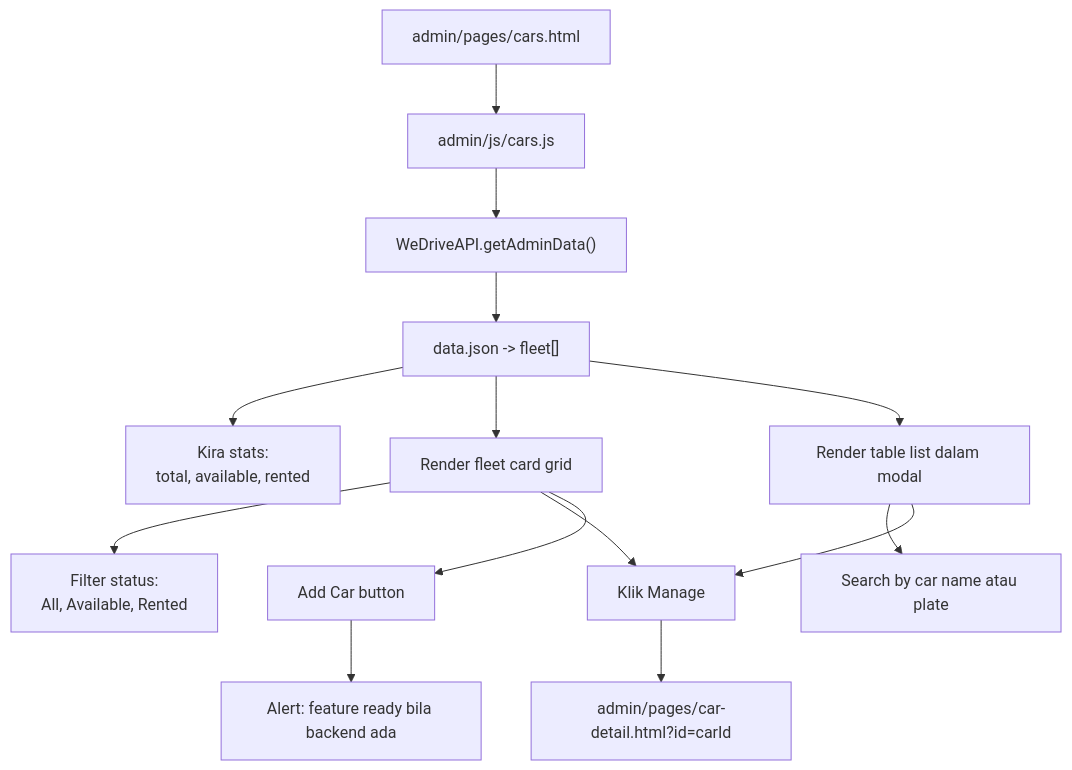
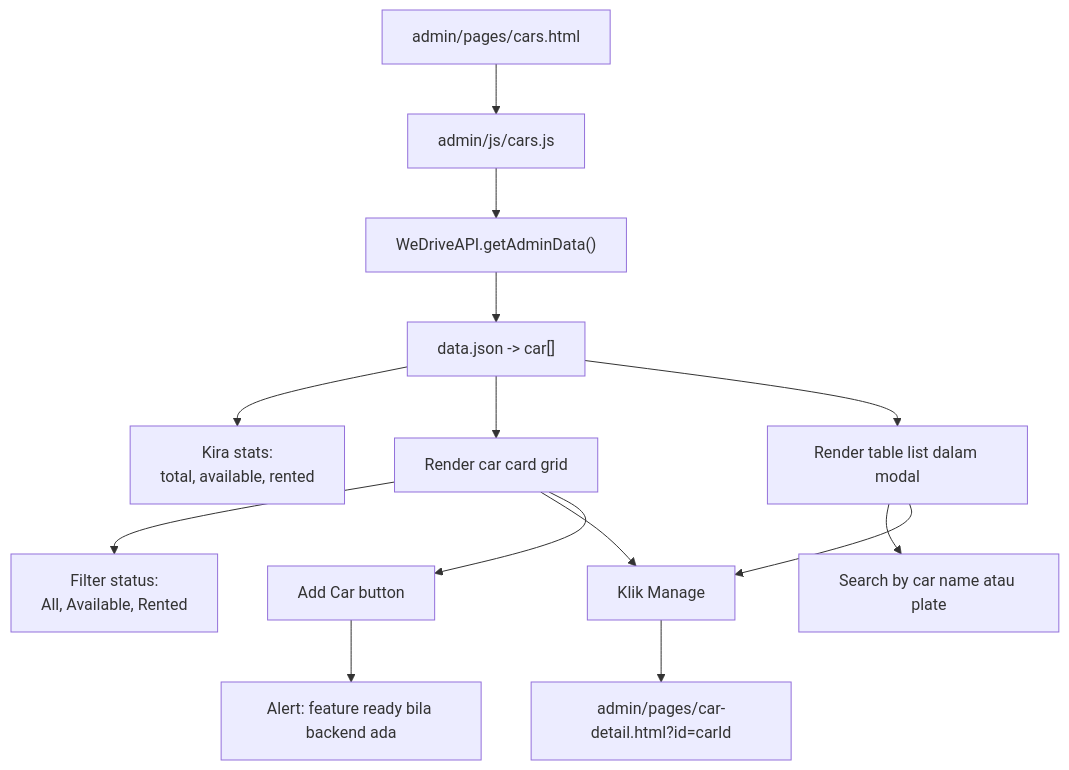
One commit to hdanial211/WeDRIVE changed the eighth of 20 diagrams in docs/FULL_SYSTEM_FLOWCHART.md. Above: the diagram before and after it, drawn with Mermaid. The commit also changed other lines of this file and 41 other files, not shown here.

Commit message:
5.5.12 Refactoring: Rename fleet terminology to car across language files and loaders

````diff
--- a/docs/FULL_SYSTEM_FLOWCHART.md
+++ b/docs/FULL_SYSTEM_FLOWCHART.md
@@ -177,19 +177,19 @@
 ```mermaid
 flowchart TD
     CARS_PAGE["admin/pages/cars.html"] --> CARS_JS["admin/js/cars.js"]
     CARS_JS --> LOAD_DATA["WeDriveAPI.getAdminData()"]
-    LOAD_DATA --> FLEET["data.json -> fleet[]"]
+    LOAD_DATA --> CAR["data.json -> car[]"]
 
-    FLEET --> STATS["Kira stats:<br/>total, available, rented"]
-    FLEET --> CARD_VIEW["Render fleet card grid"]
-    FLEET --> TABLE_VIEW["Render table list dalam modal"]
+    CAR --> STATS["Kira stats:<br/>total, available, rented"]
+    CAR --> CARD_VIEW["Render car card grid"]
+    CAR --> TABLE_VIEW["Render table list dalam modal"]
 
     CARD_VIEW --> FILTER["Filter status:<br/>All, Available, Rented"]
     TABLE_VIEW --> SEARCH["Search by car name atau plate"]
     CARD_VIEW --> MANAGE["Klik Manage"]
     TABLE_VIEW --> MANAGE
 
     MANAGE --> DETAIL_PAGE["admin/pages/car-detail.html?id=carId"]
     CARD_VIEW --> ADD_CAR["Add Car button"]
     ADD_CAR --> DEMO_ALERT["Alert: feature ready bila backend ada"]
 ```
````
